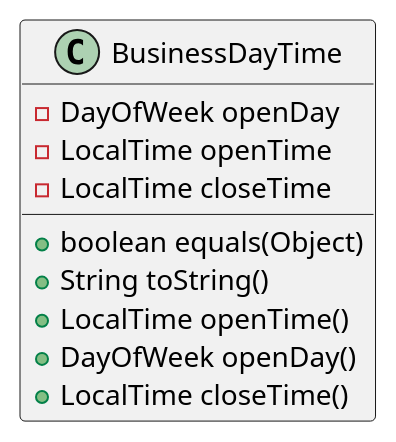
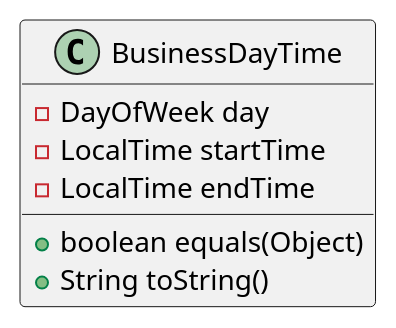
One commit to kyklospi/eatery changed the diagram in diagram/business_day_time.puml. Above: the diagram before and after it, drawn with PlantUML. The commit also changed 34 other files, not shown here.

```diff
--- a/diagram/business_day_time.puml
+++ b/diagram/business_day_time.puml
@@ -1,12 +1,9 @@
 @startuml
 class BusinessDayTime {
-- DayOfWeek openDay
-- LocalTime openTime
-- LocalTime closeTime
+- DayOfWeek day
+- LocalTime startTime
+- LocalTime endTime
 + boolean equals(Object)
 + String toString()
-+ LocalTime openTime()
-+ DayOfWeek openDay()
-+ LocalTime closeTime()
 }
 @enduml
```
